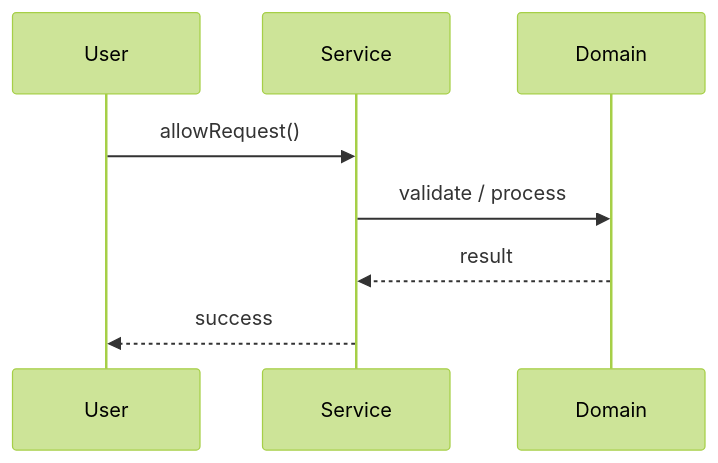
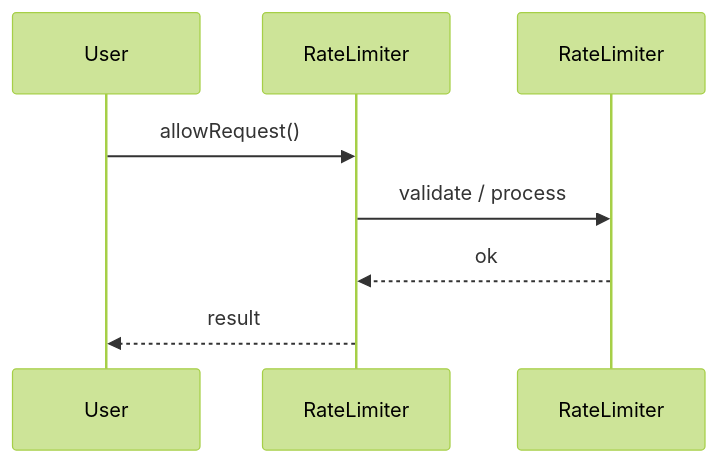
Before and after one commit to madhupaila/Interview-Prep-SSE: the second of 3 diagrams in Learn/System Design - Low Level Design/02-classic-ood/questions/Q14-rate-limiter.md, drawn with Mermaid (forest theme). The commit also changed other lines of this file and 491 other files, not shown here.

````diff
--- a/Learn/System Design - Low Level Design/02-classic-ood/questions/Q14-rate-limiter.md
+++ b/Learn/System Design - Low Level Design/02-classic-ood/questions/Q14-rate-limiter.md
@@ -121,10 +145,10 @@
 ```mermaid
 sequenceDiagram
-    participant U as User
-    participant S as Service
-    participant D as Domain
-    U->>S: allowRequest()
-    S->>D: validate / process
-    D-->>S: result
-    S-->>U: success
+participant U as User
+participant S as RateLimiter
+participant D as RateLimiter
+U->>S: allowRequest()
+S->>D: validate / process
+D-->>S: ok
+S-->>U: result
 ```
````
